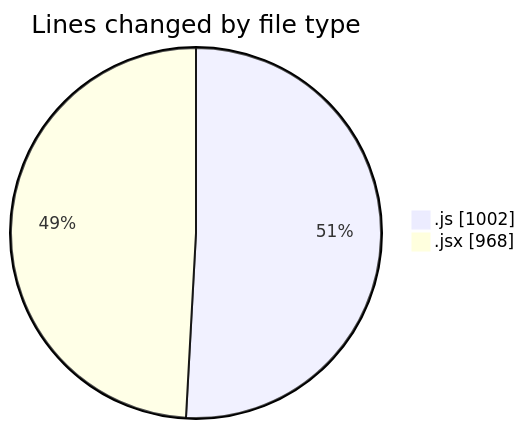
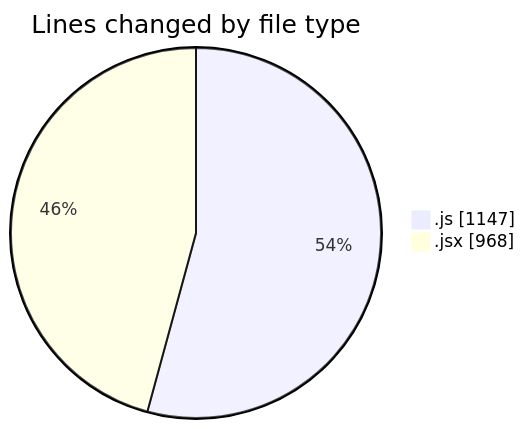
One commit to nxtqubesakshisongat/code-tracking changed the first of 2 diagrams in 2025-09-18/nxtqube_webapp/README.md. Above: the diagram before and after it, drawn with Mermaid. The commit also changed other lines of this file and 1 other file, not shown here.

````diff
--- a/2025-09-18/nxtqube_webapp/README.md
+++ b/2025-09-18/nxtqube_webapp/README.md
@@ -21,6 +22,6 @@
 ```mermaid
 pie showData
 title Lines changed by file type
-".js" : 1002
+".js" : 1147
 ".jsx" : 968
 ```
````
